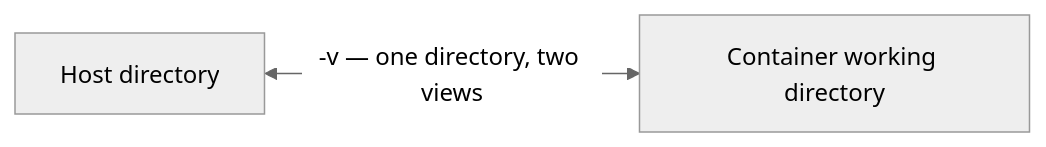
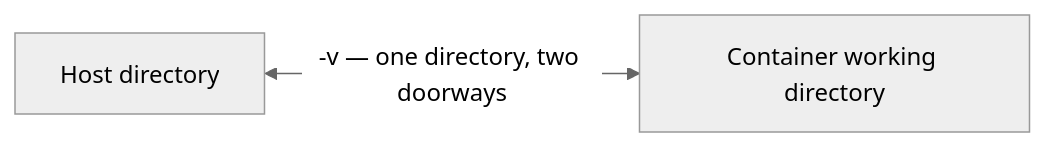
The second of 4 diagrams in Backend Engineering/19-Docker/11-Bind-Mounts-And-Volumes.md (Dummy-Bug/system-design-handbook), drawn with Mermaid (neutral theme) before and after one commit. The commit also changed other lines of this file and 42 other files, not shown here.

````diff
--- a/Backend Engineering/19-Docker/11-Bind-Mounts-And-Volumes.md
+++ b/Backend Engineering/19-Docker/11-Bind-Mounts-And-Volumes.md
@@ -50,4 +194,4 @@
 ```mermaid
 flowchart LR
-    HOST["Host directory"] <-->|"-v — one directory, two views"| CTR["Container working directory"]
+    HOST["Host directory"] <-->|"-v — one directory, two doorways"| CTR["Container working directory"]
 ```
````
